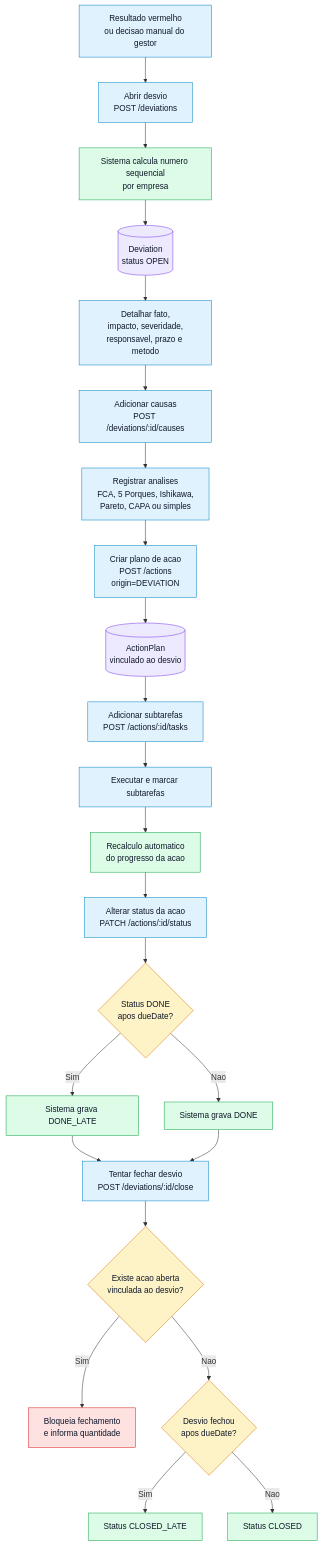
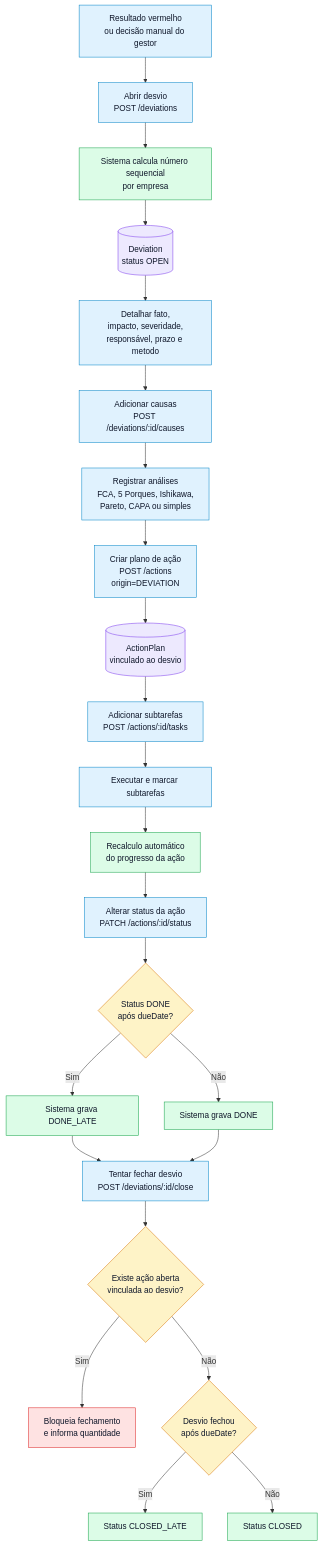
One commit to aldemirfidelis/gestao-360-indicadores changed the fifth of 12 diagrams in docs/fluxograma-completo.md. Above: the diagram before and after it, drawn with Mermaid. The commit also changed other lines of this file and 73 other files, not shown here.

````diff
--- a/docs/fluxograma-completo.md
+++ b/docs/fluxograma-completo.md
@@ -223,36 +223,36 @@
 ```mermaid
 flowchart TD
-  A["Resultado vermelho<br/>ou decisao manual do gestor"] --> B["Abrir desvio<br/>POST /deviations"]
-  B --> C["Sistema calcula numero sequencial<br/>por empresa"]
+  A["Resultado vermelho<br/>ou decisão manual do gestor"] --> B["Abrir desvio<br/>POST /deviations"]
+  B --> C["Sistema calcula número sequencial<br/>por empresa"]
   C --> D[("Deviation<br/>status OPEN")]
-  D --> E["Detalhar fato,<br/>impacto, severidade,<br/>responsavel, prazo e metodo"]
+  D --> E["Detalhar fato,<br/>impacto, severidade,<br/>responsável, prazo e metodo"]
   E --> F["Adicionar causas<br/>POST /deviations/:id/causes"]
-  F --> G["Registrar analises<br/>FCA, 5 Porques, Ishikawa,<br/>Pareto, CAPA ou simples"]
-  G --> H["Criar plano de acao<br/>POST /actions<br/>origin=DEVIATION"]
+  F --> G["Registrar análises<br/>FCA, 5 Porques, Ishikawa,<br/>Pareto, CAPA ou simples"]
+  G --> H["Criar plano de ação<br/>POST /actions<br/>origin=DEVIATION"]
   H --> I[("ActionPlan<br/>vinculado ao desvio")]
   I --> J["Adicionar subtarefas<br/>POST /actions/:id/tasks"]
   J --> K["Executar e marcar subtarefas"]
-  K --> L["Recalculo automatico<br/>do progresso da acao"]
-  L --> M["Alterar status da acao<br/>PATCH /actions/:id/status"]
-  M --> N{"Status DONE<br/>apos dueDate?"}
+  K --> L["Recalculo automático<br/>do progresso da ação"]
+  L --> M["Alterar status da ação<br/>PATCH /actions/:id/status"]
+  M --> N{"Status DONE<br/>após dueDate?"}
   N -- "Sim" --> O["Sistema grava DONE_LATE"]
-  N -- "Nao" --> P["Sistema grava DONE"]
+  N -- "Não" --> P["Sistema grava DONE"]
   O --> Q["Tentar fechar desvio<br/>POST /deviations/:id/close"]
   P --> Q
-  Q --> R{"Existe acao aberta<br/>vinculada ao desvio?"}
+  Q --> R{"Existe ação aberta<br/>vinculada ao desvio?"}
   R -- "Sim" --> S["Bloqueia fechamento<br/>e informa quantidade"]
-  R -- "Nao" --> T{"Desvio fechou<br/>apos dueDate?"}
+  R -- "Não" --> T{"Desvio fechou<br/>após dueDate?"}
   T -- "Sim" --> U["Status CLOSED_LATE"]
-  T -- "Nao" --> V["Status CLOSED"]
+  T -- "Não" --> V["Status CLOSED"]
 
   classDef step fill:#e0f2fe,stroke:#0284c7,color:#0f172a
   classDef rule fill:#dcfce7,stroke:#16a34a,color:#0f172a
   classDef decision fill:#fef3c7,stroke:#d97706,color:#0f172a
   classDef risk fill:#fee2e2,stroke:#dc2626,color:#0f172a
   classDef data fill:#ede9fe,stroke:#7c3aed,color:#0f172a
   class A,B,E,F,G,H,J,K,M,Q step
   class C,L,O,P,U,V rule
   class N,R,T decision
   class S risk
   class D,I data
 ```
````
